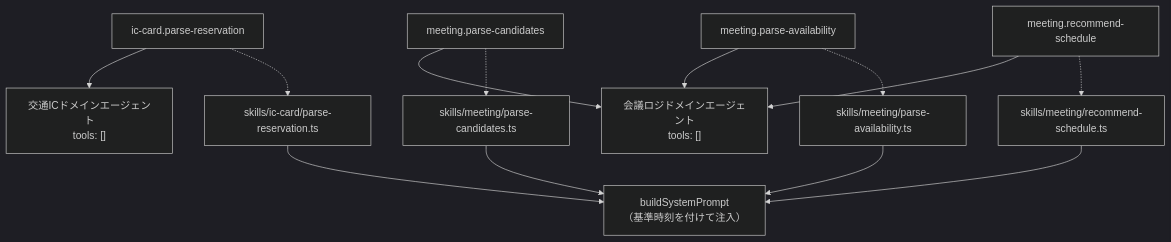
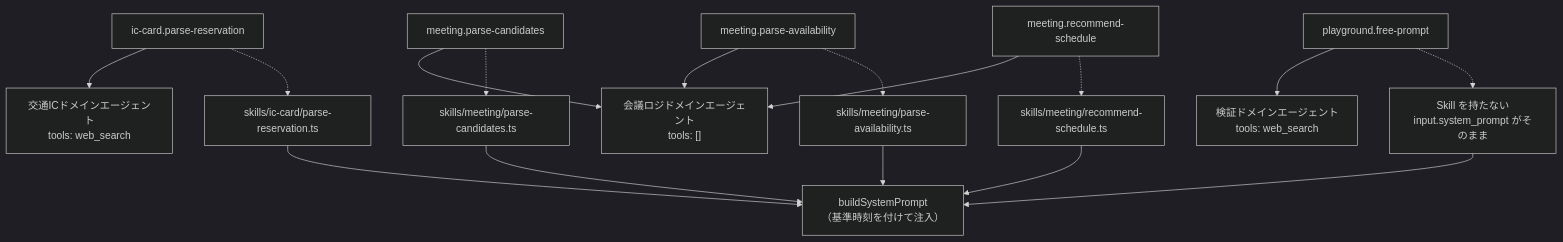
Before and after one commit to ag-ke-nakamura/form-echo-agent: the third of 9 diagrams in docs/architecture.md, drawn with Mermaid (dark theme). The commit also changed other lines of this file and 6 other files, not shown here.

````diff
--- a/docs/architecture.md
+++ b/docs/architecture.md
@@ -87,17 +124,20 @@
 ```mermaid
 graph TD
     T1["ic-card.parse-reservation"] --> D1
     T2["meeting.parse-candidates"] --> D2
     T3["meeting.parse-availability"] --> D2
     T4["meeting.recommend-schedule"] --> D2
+    T5["playground.free-prompt"] --> D3
 
-    D1["交通ICドメインエージェント<br/>tools: []"]
+    D1["交通ICドメインエージェント<br/>tools: web_search"]
     D2["会議ロジドメインエージェント<br/>tools: []"]
+    D3["検証ドメインエージェント<br/>tools: web_search"]
 
     T1 -.-> S1["skills/ic-card/parse-reservation.ts"]
     T2 -.-> S2["skills/meeting/parse-candidates.ts"]
     T3 -.-> S3["skills/meeting/parse-availability.ts"]
     T4 -.-> S4["skills/meeting/recommend-schedule.ts"]
+    T5 -.-> S5["Skill を持たない<br/>input.system_prompt がそのまま"]
 
-    S1 & S2 & S3 & S4 --> SP["buildSystemPrompt<br/>（基準時刻を付けて注入）"]
+    S1 & S2 & S3 & S4 & S5 --> SP["buildSystemPrompt<br/>（基準時刻を付けて注入）"]
 ```
````
